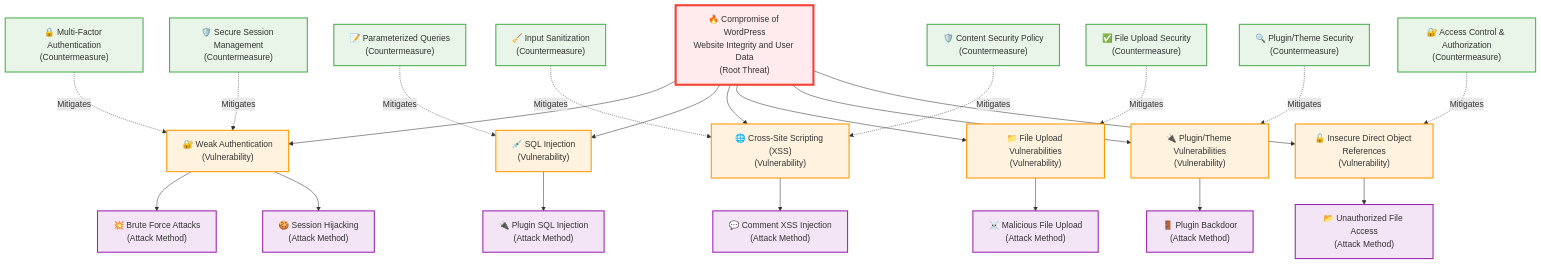
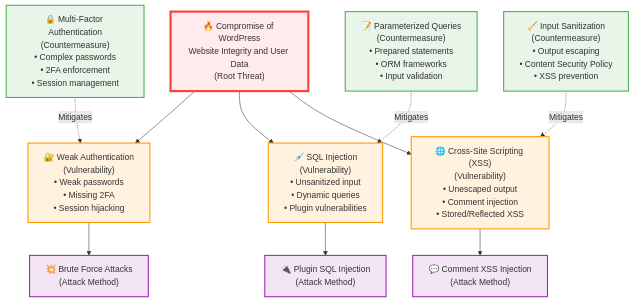
Before and after one commit to TRUPALIX9/study-reports: the second of 3 diagrams in L04-Submission.md, drawn with Mermaid. The commit also changed other lines of this file and 1 other file, not shown here.

````diff
--- a/L04-Submission.md
+++ b/L04-Submission.md
@@ -221,70 +144,46 @@
 ```mermaid
 graph TD
     %% Root Threat
     Root["🔥 Compromise of WordPress<br/>Website Integrity and User Data<br/>(Root Threat)"]
     
-    %% Level 1 - Enhanced Vulnerabilities
-    WeakAuth["🔐 Weak Authentication<br/>(Vulnerability)"]
-    SQLInj["💉 SQL Injection<br/>(Vulnerability)"]
-    XSS["🌐 Cross-Site Scripting (XSS)<br/>(Vulnerability)"]
-    FileUpload["📁 File Upload Vulnerabilities<br/>(Vulnerability)"]
-    PluginVuln["🔌 Plugin/Theme Vulnerabilities<br/>(Vulnerability)"]
-    IDOR["🔓 Insecure Direct Object References<br/>(Vulnerability)"]
+    %% Level 1 - Vulnerabilities (3 Required)
+    WeakAuth["🔐 Weak Authentication<br/>(Vulnerability)<br/>• Weak passwords<br/>• Missing 2FA<br/>• Session hijacking"]
+    SQLInj["💉 SQL Injection<br/>(Vulnerability)<br/>• Unsanitized input<br/>• Dynamic queries<br/>• Plugin vulnerabilities"]
+    XSS["🌐 Cross-Site Scripting (XSS)<br/>(Vulnerability)<br/>• Unescaped output<br/>• Comment injection<br/>• Stored/Reflected XSS"]
     
     %% Level 2 - Specific Attack Methods
     BruteForce["💥 Brute Force Attacks<br/>(Attack Method)"]
-    SessionHijack["🍪 Session Hijacking<br/>(Attack Method)"]
     PluginSQLi["🔌 Plugin SQL Injection<br/>(Attack Method)"]
     CommentXSS["💬 Comment XSS Injection<br/>(Attack Method)"]
-    MaliciousUpload["☠️ Malicious File Upload<br/>(Attack Method)"]
-    PluginBackdoor["🚪 Plugin Backdoor<br/>(Attack Method)"]
-    FileAccess["📂 Unauthorized File Access<br/>(Attack Method)"]
     
-    %% Enhanced Countermeasures
-    MFA["🔒 Multi-Factor Authentication<br/>(Countermeasure)"]
-    SessionMgmt["🛡️ Secure Session Management<br/>(Countermeasure)"]
-    ParamQueries["📝 Parameterized Queries<br/>(Countermeasure)"]
-    InputSanit["🧹 Input Sanitization<br/>(Countermeasure)"]
-    CSP["🛡️ Content Security Policy<br/>(Countermeasure)"]
-    FileValidation["✅ File Upload Security<br/>(Countermeasure)"]
-    PluginSecurity["🔍 Plugin/Theme Security<br/>(Countermeasure)"]
-    AccessControl["🔐 Access Control & Authorization<br/>(Countermeasure)"]
+    %% Countermeasures (3 Required)
+    MFA["🔒 Multi-Factor Authentication<br/>(Countermeasure)<br/>• Complex passwords<br/>• 2FA enforcement<br/>• Session management"]
+    ParamQueries["📝 Parameterized Queries<br/>(Countermeasure)<br/>• Prepared statements<br/>• ORM frameworks<br/>• Input validation"]
+    InputSanit["🧹 Input Sanitization<br/>(Countermeasure)<br/>• Output escaping<br/>• Content Security Policy<br/>• XSS prevention"]
     
     %% Connections - Root to Vulnerabilities
     Root --> WeakAuth
     Root --> SQLInj
     Root --> XSS
-    Root --> FileUpload
-    Root --> PluginVuln
-    Root --> IDOR
     
     %% Connections - Vulnerabilities to Attack Methods
     WeakAuth --> BruteForce
-    WeakAuth --> SessionHijack
     SQLInj --> PluginSQLi
     XSS --> CommentXSS
-    FileUpload --> MaliciousUpload
-    PluginVuln --> PluginBackdoor
-    IDOR --> FileAccess
     
     %% Countermeasures mapped to vulnerabilities
     MFA -.->|"Mitigates"| WeakAuth
-    SessionMgmt -.->|"Mitigates"| WeakAuth
     ParamQueries -.->|"Mitigates"| SQLInj
     InputSanit -.->|"Mitigates"| XSS
-    CSP -.->|"Mitigates"| XSS
-    FileValidation -.->|"Mitigates"| FileUpload
-    PluginSecurity -.->|"Mitigates"| PluginVuln
-    AccessControl -.->|"Mitigates"| IDOR
     
     %% Styling
     classDef root fill:#ffebee,stroke:#f44336,stroke-width:4px
     classDef vulnerability fill:#fff3e0,stroke:#ff9800,stroke-width:2px
     classDef attack fill:#f3e5f5,stroke:#9c27b0,stroke-width:2px
     classDef countermeasure fill:#e8f5e8,stroke:#4caf50,stroke-width:2px
     
     class Root root
-    class WeakAuth,SQLInj,XSS,FileUpload,PluginVuln,IDOR vulnerability
-    class BruteForce,SessionHijack,PluginSQLi,CommentXSS,MaliciousUpload,PluginBackdoor,FileAccess attack
-    class MFA,SessionMgmt,ParamQueries,InputSanit,CSP,FileValidation,PluginSecurity,AccessControl countermeasure
+    class WeakAuth,SQLInj,XSS vulnerability
+    class BruteForce,PluginSQLi,CommentXSS attack
+    class MFA,ParamQueries,InputSanit countermeasure
 ```
````
